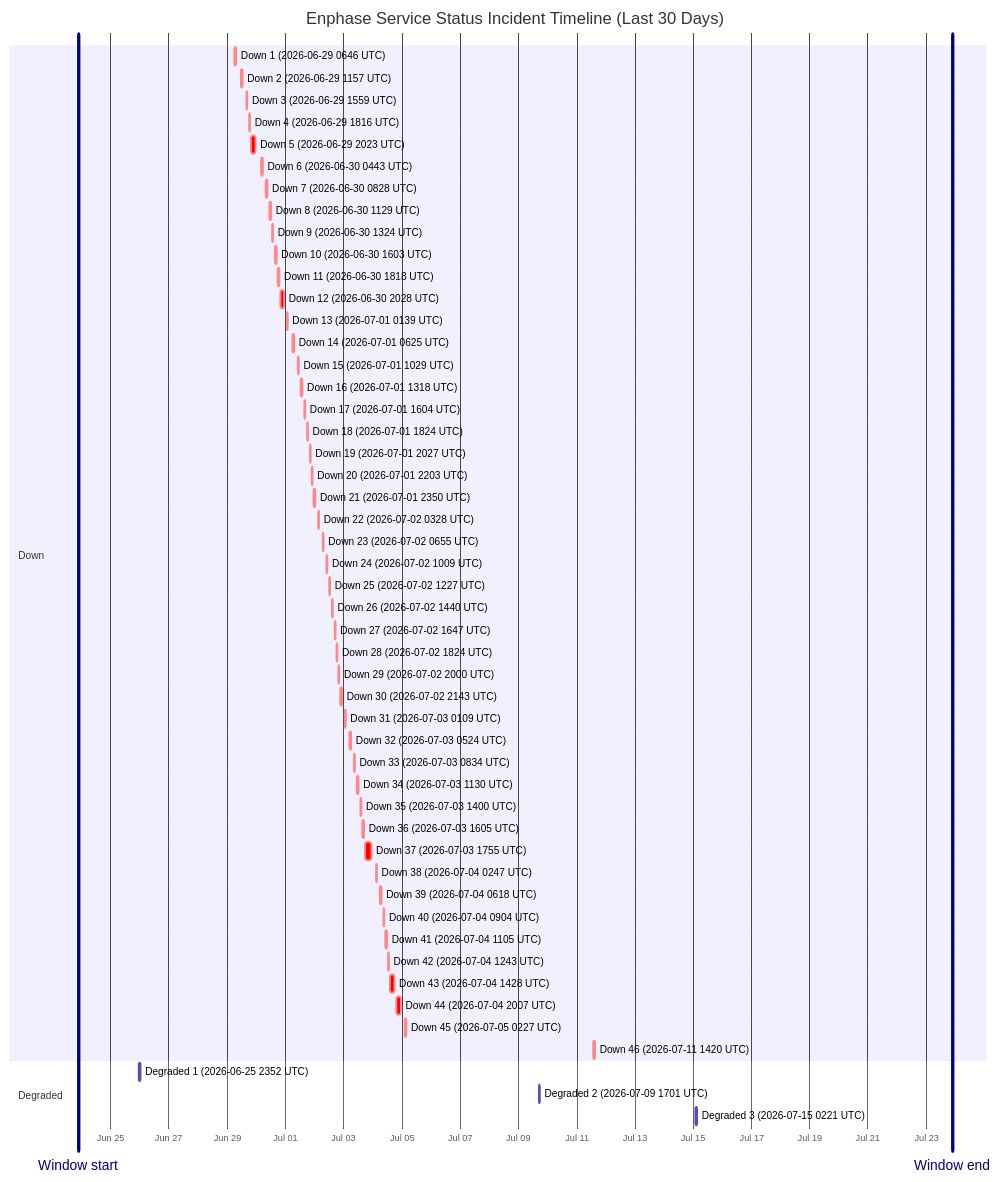
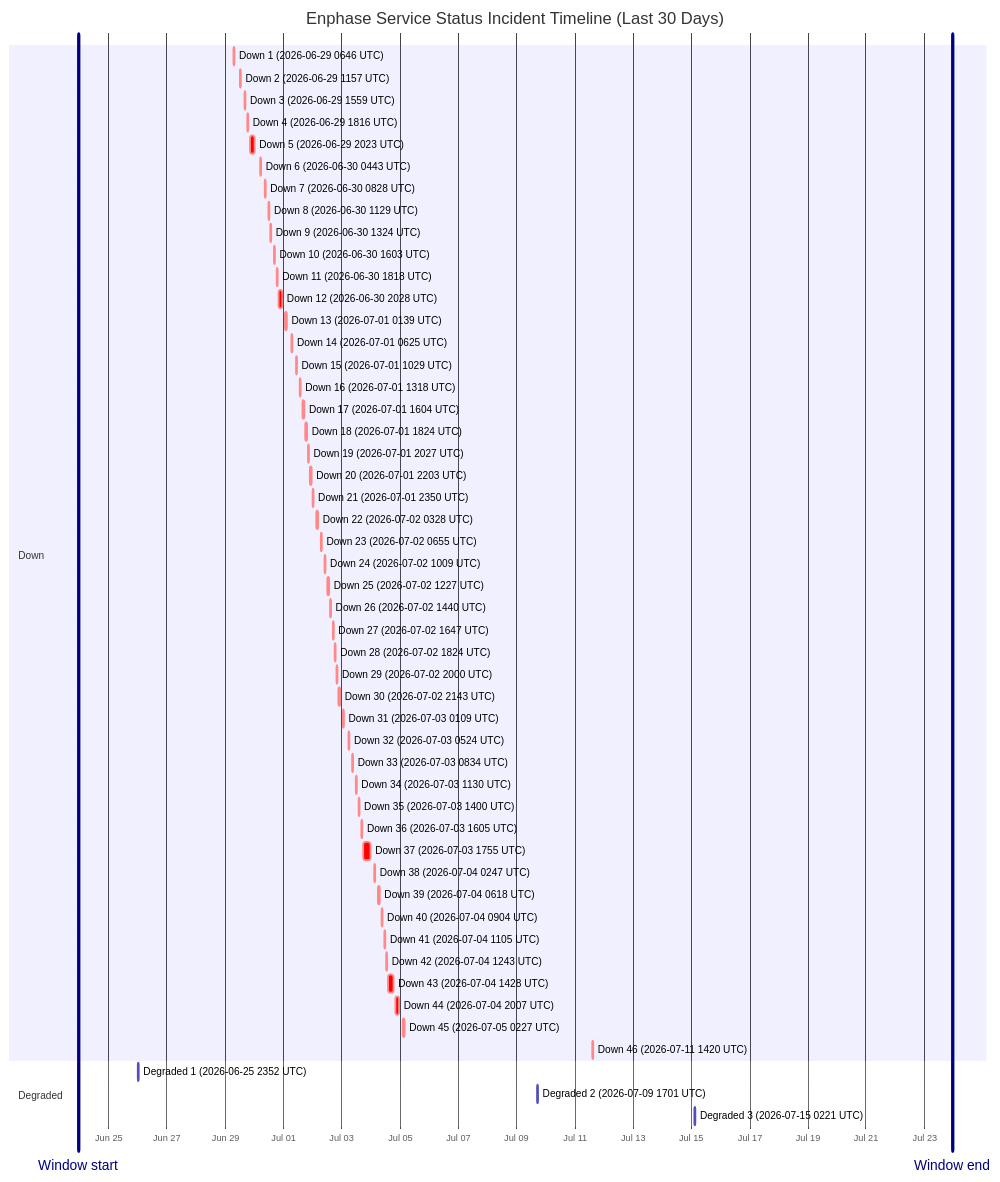
One commit to barneyonline/ha-enphase-energy changed the diagram in wiki/Service-Status-History.md. Above: the diagram before and after it, drawn with Mermaid. The commit also changed other lines of this file and 3 other files, not shown here.

````diff
--- a/wiki/Service-Status-History.md
+++ b/wiki/Service-Status-History.md
@@ -14,59 +14,59 @@
 ```mermaid
 gantt
     title Enphase Service Status Incident Timeline (Last 30 Days)
     dateFormat  YYYY-MM-DDTHH:mm:ss
     axisFormat  %b %d
-    Window start :vert, window-start, 2026-06-23T21:34:32, 0ms
-    Window end :vert, window-end, 2026-07-23T21:34:32, 0ms
+    Window start :vert, window-start, 2026-06-23T22:54:41, 0ms
+    Window end :vert, window-end, 2026-07-23T22:54:41, 0ms
     section Down
     Down 1 (2026-06-29 0646 UTC) :crit, down-1, 2026-06-29T06:46:18, 60m
     Down 2 (2026-06-29 1157 UTC) :crit, down-2, 2026-06-29T11:57:36, 60m
     Down 3 (2026-06-29 1559 UTC) :crit, down-3, 2026-06-29T15:59:02, 60m
     Down 4 (2026-06-29 1816 UTC) :crit, down-4, 2026-06-29T18:16:38, 60m
     Down 5 (2026-06-29 2023 UTC) :crit, down-5, 2026-06-29T20:23:16, 220m
     Down 6 (2026-06-30 0443 UTC) :crit, down-6, 2026-06-30T04:43:54, 60m
     Down 7 (2026-06-30 0828 UTC) :crit, down-7, 2026-06-30T08:28:43, 60m
     Down 8 (2026-06-30 1129 UTC) :crit, down-8, 2026-06-30T11:29:15, 60m
     Down 9 (2026-06-30 1324 UTC) :crit, down-9, 2026-06-30T13:24:25, 60m
     Down 10 (2026-06-30 1603 UTC) :crit, down-10, 2026-06-30T16:03:26, 60m
     Down 11 (2026-06-30 1818 UTC) :crit, down-11, 2026-06-30T18:18:39, 60m
     Down 12 (2026-06-30 2028 UTC) :crit, down-12, 2026-06-30T20:28:54, 171m
     Down 13 (2026-07-01 0139 UTC) :crit, down-13, 2026-07-01T01:39:18, 60m
     Down 14 (2026-07-01 0625 UTC) :crit, down-14, 2026-07-01T06:25:35, 60m
     Down 15 (2026-07-01 1029 UTC) :crit, down-15, 2026-07-01T10:29:24, 60m
     Down 16 (2026-07-01 1318 UTC) :crit, down-16, 2026-07-01T13:18:31, 60m
     Down 17 (2026-07-01 1604 UTC) :crit, down-17, 2026-07-01T16:04:29, 60m
     Down 18 (2026-07-01 1824 UTC) :crit, down-18, 2026-07-01T18:24:21, 60m
     Down 19 (2026-07-01 2027 UTC) :crit, down-19, 2026-07-01T20:27:17, 60m
     Down 20 (2026-07-01 2203 UTC) :crit, down-20, 2026-07-01T22:03:46, 60m
     Down 21 (2026-07-01 2350 UTC) :crit, down-21, 2026-07-01T23:50:52, 60m
     Down 22 (2026-07-02 0328 UTC) :crit, down-22, 2026-07-02T03:28:33, 60m
     Down 23 (2026-07-02 0655 UTC) :crit, down-23, 2026-07-02T06:55:07, 60m
     Down 24 (2026-07-02 1009 UTC) :crit, down-24, 2026-07-02T10:09:15, 60m
     Down 25 (2026-07-02 1227 UTC) :crit, down-25, 2026-07-02T12:27:49, 60m
     Down 26 (2026-07-02 1440 UTC) :crit, down-26, 2026-07-02T14:40:53, 60m
     Down 27 (2026-07-02 1647 UTC) :crit, down-27, 2026-07-02T16:47:47, 60m
     Down 28 (2026-07-02 1824 UTC) :crit, down-28, 2026-07-02T18:24:26, 60m
     Down 29 (2026-07-02 2000 UTC) :crit, down-29, 2026-07-02T20:00:57, 60m
     Down 30 (2026-07-02 2143 UTC) :crit, down-30, 2026-07-02T21:43:52, 80m
     Down 31 (2026-07-03 0109 UTC) :crit, down-31, 2026-07-03T01:09:19, 60m
     Down 32 (2026-07-03 0524 UTC) :crit, down-32, 2026-07-03T05:24:23, 60m
     Down 33 (2026-07-03 0834 UTC) :crit, down-33, 2026-07-03T08:34:05, 60m
     Down 34 (2026-07-03 1130 UTC) :crit, down-34, 2026-07-03T11:30:41, 60m
     Down 35 (2026-07-03 1400 UTC) :crit, down-35, 2026-07-03T14:00:48, 60m
     Down 36 (2026-07-03 1605 UTC) :crit, down-36, 2026-07-03T16:05:49, 60m
     Down 37 (2026-07-03 1755 UTC) :crit, down-37, 2026-07-03T17:55:54, 338m
     Down 38 (2026-07-04 0247 UTC) :crit, down-38, 2026-07-04T02:47:22, 60m
     Down 39 (2026-07-04 0618 UTC) :crit, down-39, 2026-07-04T06:18:09, 60m
     Down 40 (2026-07-04 0904 UTC) :crit, down-40, 2026-07-04T09:04:41, 60m
     Down 41 (2026-07-04 1105 UTC) :crit, down-41, 2026-07-04T11:05:21, 60m
     Down 42 (2026-07-04 1243 UTC) :crit, down-42, 2026-07-04T12:43:25, 60m
     Down 43 (2026-07-04 1428 UTC) :crit, down-43, 2026-07-04T14:28:07, 243m
     Down 44 (2026-07-04 2007 UTC) :crit, down-44, 2026-07-04T20:07:50, 206m
     Down 45 (2026-07-05 0227 UTC) :crit, down-45, 2026-07-05T02:27:32, 109m
     Down 46 (2026-07-11 1420 UTC) :crit, down-46, 2026-07-11T14:20:54, 69m
     section Degraded
     Degraded 1 (2026-06-25 2352 UTC) :active, degraded-1, 2026-06-25T23:52:01, 60m
     Degraded 2 (2026-07-09 1701 UTC) :active, degraded-2, 2026-07-09T17:01:02, 60m
     Degraded 3 (2026-07-15 0221 UTC) :active, degraded-3, 2026-07-15T02:21:35, 60m
 ```
````
